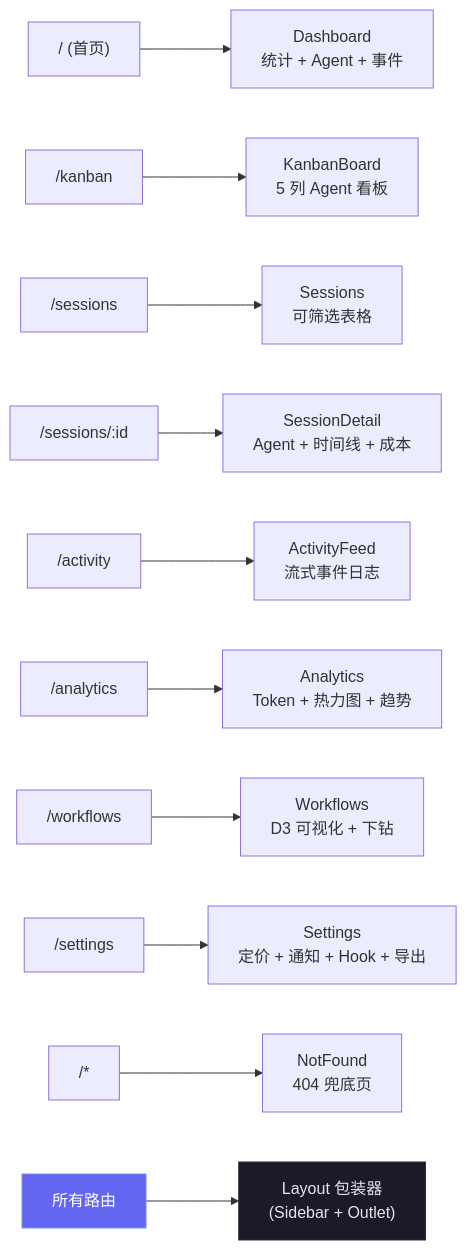
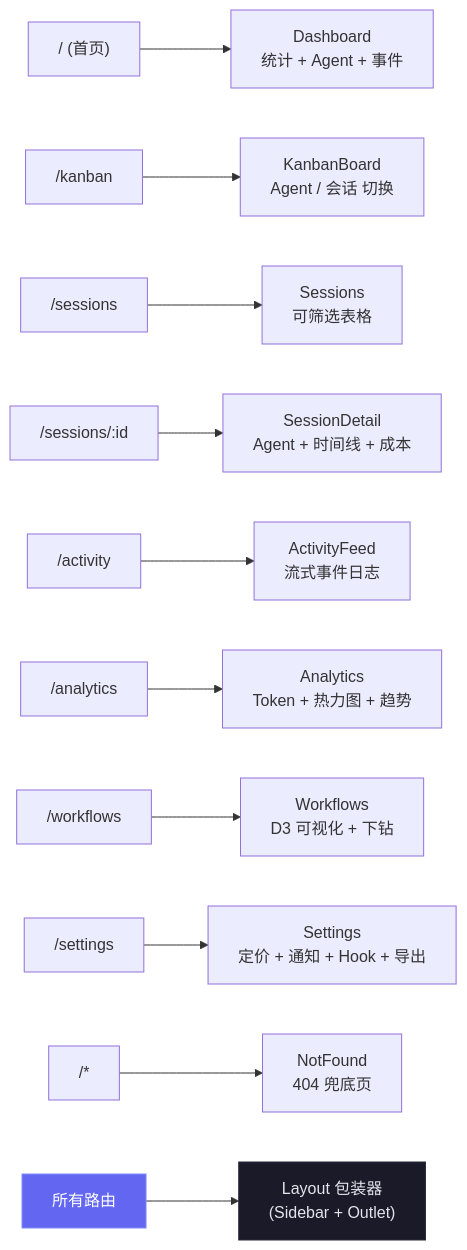
One commit to fadighattas100/Claude-Code-Agent-Monitor changed diagram 17 of 21 in README-CN.md. Above: the diagram before and after it, drawn with Mermaid. The commit also changed other lines of this file and 4 other files, not shown here.

````diff
--- a/README-CN.md
+++ b/README-CN.md
@@ -1226,17 +1226,17 @@
 ```mermaid
 graph LR
     ROOT["/ (首页)"] --> DASH["Dashboard<br/>统计 + Agent + 事件"]
-    K["/kanban"] --> KANBAN["KanbanBoard<br/>5 列 Agent 看板"]
+    K["/kanban"] --> KANBAN["KanbanBoard<br/>Agent / 会话 切换"]
     S["/sessions"] --> SESS["Sessions<br/>可筛选表格"]
     D["/sessions/:id"] --> DETAIL["SessionDetail<br/>Agent + 时间线 + 成本"]
     A["/activity"] --> ACT["ActivityFeed<br/>流式事件日志"]
     AN["/analytics"] --> ANALYTICS["Analytics<br/>Token + 热力图 + 趋势"]
     WF["/workflows"] --> WORKFLOWS["Workflows<br/>D3 可视化 + 下钻"]
     ST["/settings"] --> SETTINGS["Settings<br/>定价 + 通知 + Hook + 导出"]
     NF["/*"] --> NOTFOUND["NotFound<br/>404 兜底页"]
 
     ALL["所有路由"] --> LAYOUT["Layout 包装器<br/>(Sidebar + Outlet)"]
 
     style ALL fill:#6366f1,stroke:#818cf8,color:#fff
     style LAYOUT fill:#1a1a28,stroke:#2a2a3d,color:#e4e4ed
 ```
````
